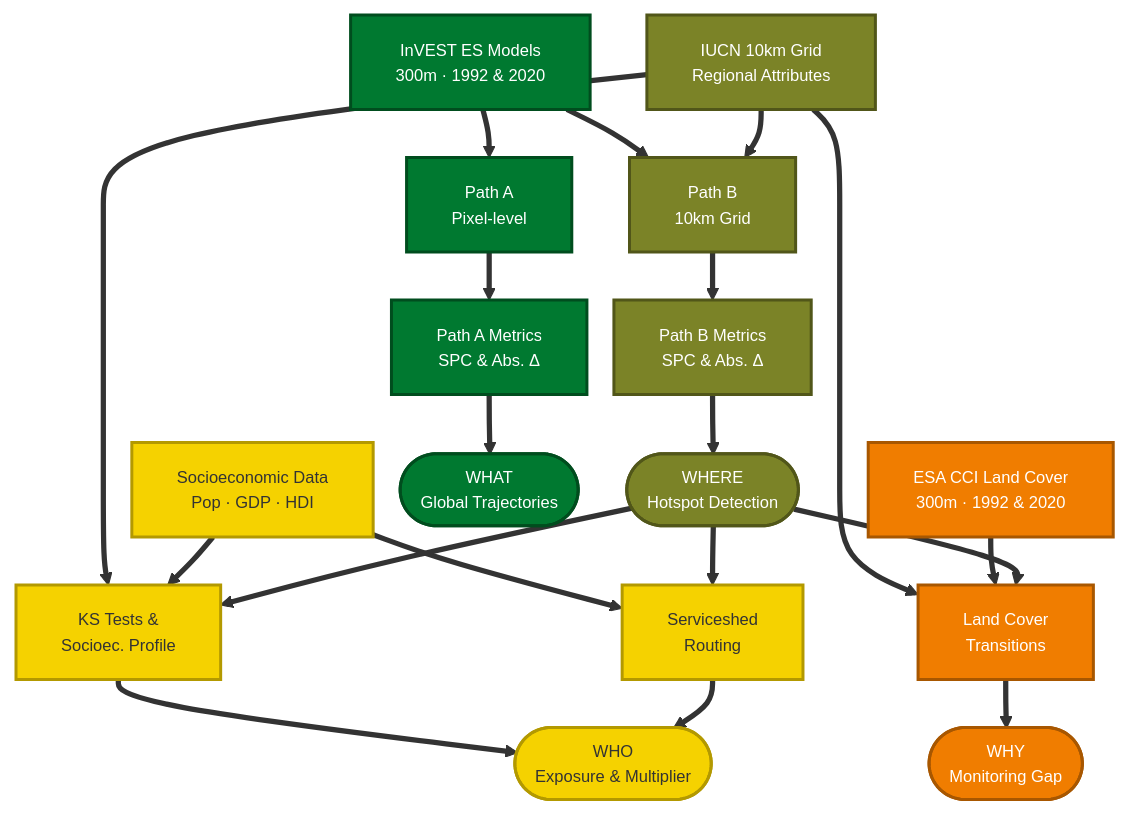
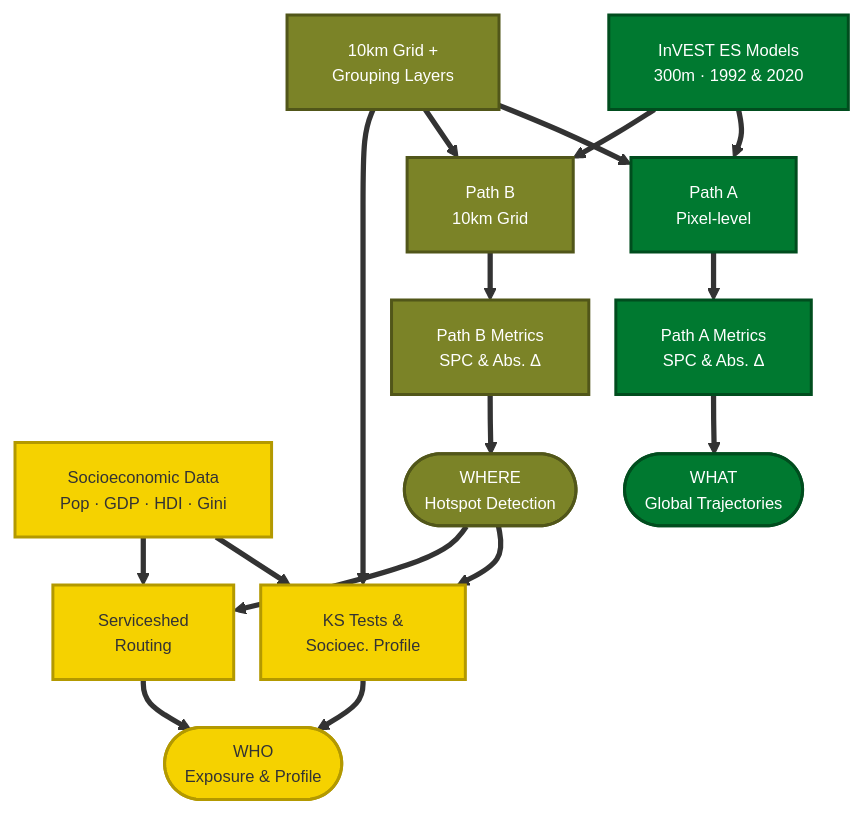
One commit to springinnovate/global_NCP changed the diagram in docs/presentations/presentation.qmd. Above: the diagram before and after it, drawn with Mermaid. The commit also changed other lines of this file and 2 other files, not shown here.

````diff
--- a/docs/presentations/presentation.qmd
+++ b/docs/presentations/presentation.qmd
@@ -255,46 +277,39 @@
 ```{mermaid}
 %%{init: {'flowchart': {'rankSpacing': 32, 'nodeSpacing': 18}, 'themeVariables': {'fontSize': '11px'}}}%%
 flowchart TB
-    RawES["InVEST ES Models\n300m · 1992 & 2020"]
-    RawGrid["IUCN 10km Grid\nRegional Attributes"]
-    RawLC["ESA CCI Land Cover\n300m · 1992 & 2020"]
-    RawSoc["Socioeconomic Data\nPop · GDP · HDI"]
+    RawES["InVEST ES Models<br/>300m · 1992 & 2020"]
+    RawGrid["10km Grid +<br/>Grouping Layers"]
+    RawSoc["Socioeconomic Data<br/>Pop · GDP · HDI · Gini"]
 
-    IntA["Path A\nPixel-level"]
-    MathA["Path A Metrics\nSPC & Abs. Δ"]
+    IntA["Path A<br/>Pixel-level"]
+    MathA["Path A Metrics<br/>SPC & Abs. Δ"]
 
-    IntB["Path B\n10km Grid"]
-    MathB["Path B Metrics\nSPC & Abs. Δ"]
+    IntB["Path B<br/>10km Grid"]
+    MathB["Path B Metrics<br/>SPC & Abs. Δ"]
 
-    MathLC["Land Cover\nTransitions"]
-    MathSoc["KS Tests &\nSocioec. Profile"]
-    MathBenef["Serviceshed\nRouting"]
+    MathSoc["KS Tests &<br/>Socioec. Profile"]
+    MathBenef["Serviceshed<br/>Routing"]
 
-    P1(["WHAT\nGlobal Trajectories"])
-    P2(["WHERE\nHotspot Detection"])
-    P3(["WHY\nMonitoring Gap"])
-    P4(["WHO\nExposure & Multiplier"])
+    P1(["WHAT<br/>Global Trajectories"])
+    P2(["WHERE<br/>Hotspot Detection"])
+    P4(["WHO<br/>Exposure & Profile"])
 
     RawES ==> IntA & IntB
-    RawGrid ==> IntB & MathLC & MathSoc
-    RawLC ==> MathLC
+    RawGrid ==> IntA & IntB & MathSoc
     RawSoc ==> MathSoc & MathBenef
 
     IntA ==> MathA ==> P1
     IntB ==> MathB ==> P2
 
-    P2 ==> MathLC & MathSoc & MathBenef
-    MathLC ==> P3
+    P2 ==> MathSoc & MathBenef
     MathSoc ==> P4
     MathBenef ==> P4
 
     classDef c_what fill:#007930,stroke:#004D1E,stroke-width:2px,color:#FFF;
     classDef c_where fill:#7B8327,stroke:#515619,stroke-width:2px,color:#FFF;
-    classDef c_why fill:#F07D00,stroke:#A85700,stroke-width:2px,color:#FFF;
     classDef c_who fill:#F5D200,stroke:#B39900,stroke-width:2px,color:#333;
 
     class RawES,IntA,MathA,P1 c_what;
     class RawGrid,IntB,MathB,P2 c_where;
-    class RawLC,MathLC,P3 c_why;
     class RawSoc,MathSoc,MathBenef,P4 c_who;
 ```
````
